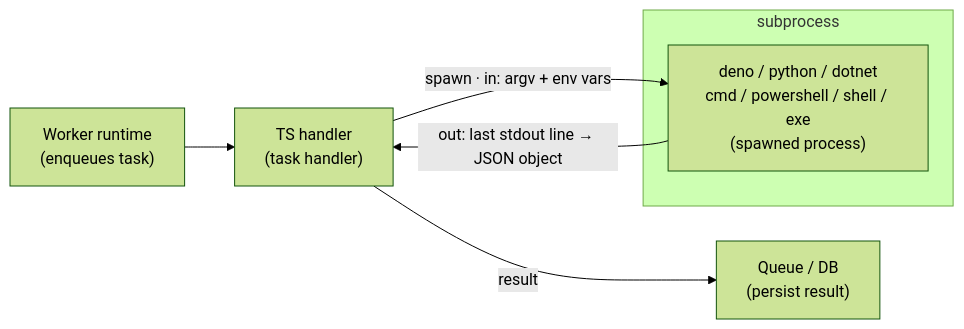
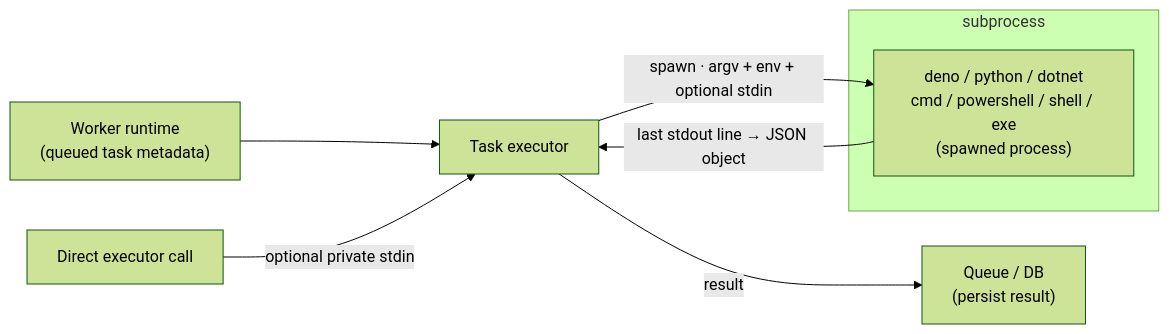
The diagram in docs/site/_diagrams/polyglot-task-execution.mmd (rickylabs/netscript), drawn with Mermaid (forest theme) before and after one commit. The commit also changed 21 other files, not shown here.

```diff
--- a/docs/site/_diagrams/polyglot-task-execution.mmd
+++ b/docs/site/_diagrams/polyglot-task-execution.mmd
@@ -1,14 +1,12 @@
 %% Source for assets/diagrams/polyglot-task-execution.svg
-%% Rendered to a committed static SVG by the SEPARATE dev task in render.ts.
-%% This file is NOT consumed by `deno task build`; the site ships the SVG only.
-%% IPC reality: the handler spawns a subprocess and passes input as command-line
-%% argv + env vars (TRACEPARENT / CORRELATION_ID injected via env). Output is a
-%% JSON object parsed from the LAST line of stdout. There is NO stdin channel.
+%% Render separately with the pinned Mermaid CLI; the site ships the static SVG.
+%% Stdin is runtime-only: direct executor input, not persisted queue metadata.
 flowchart LR
-  worker["Worker runtime<br/>(enqueues task)"] --> handler["TS handler<br/>(task handler)"]
+  worker["Worker runtime<br/>(queued task metadata)"] --> handler["Task executor"]
+  caller["Direct executor call"] -- "optional private stdin" --> handler
   subgraph subprocess
     proc["deno / python / dotnet<br/>cmd / powershell / shell / exe<br/>(spawned process)"]
   end
-  handler -- "spawn &middot; in: argv + env vars" --> proc
-  proc -- "out: last stdout line &rarr; JSON object" --> handler
+  handler -- "spawn &middot; argv + env + optional stdin" --> proc
+  proc -- "last stdout line &rarr; JSON object" --> handler
   handler -- "result" --> sink["Queue / DB<br/>(persist result)"]
```
